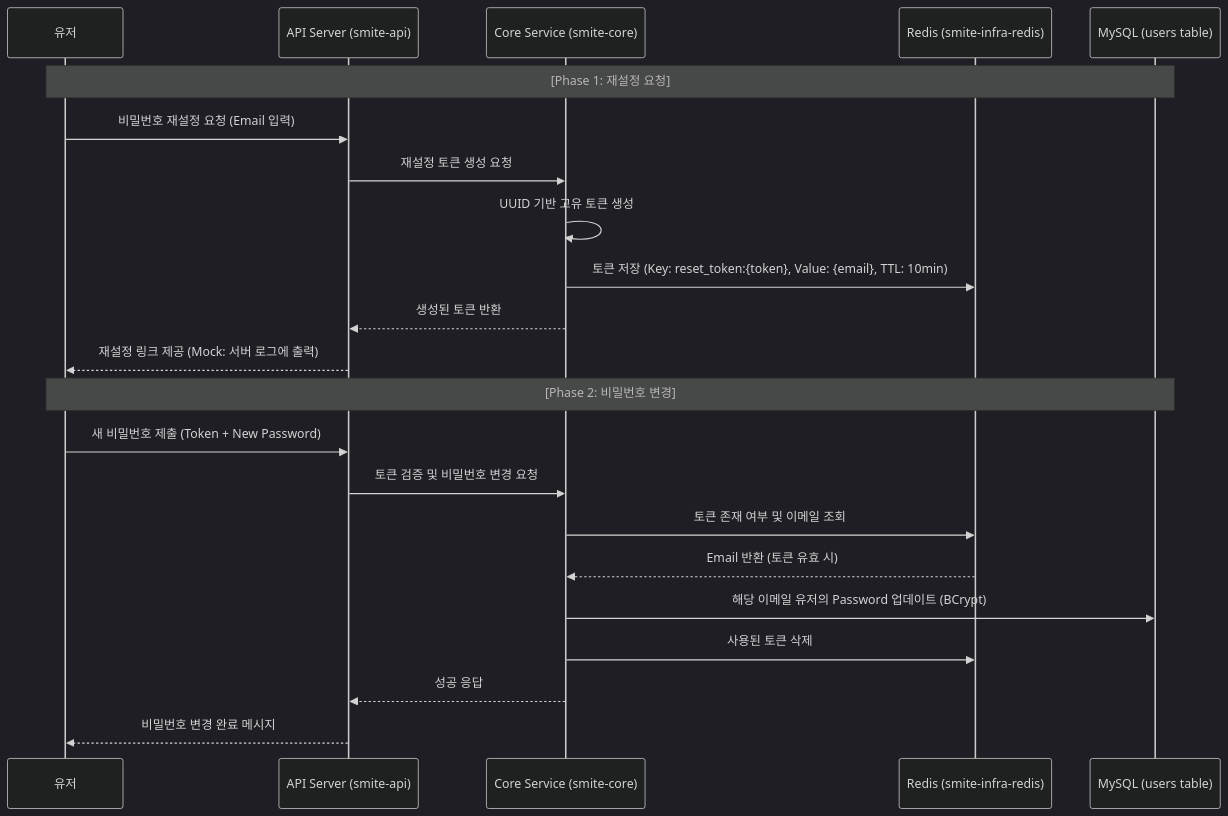
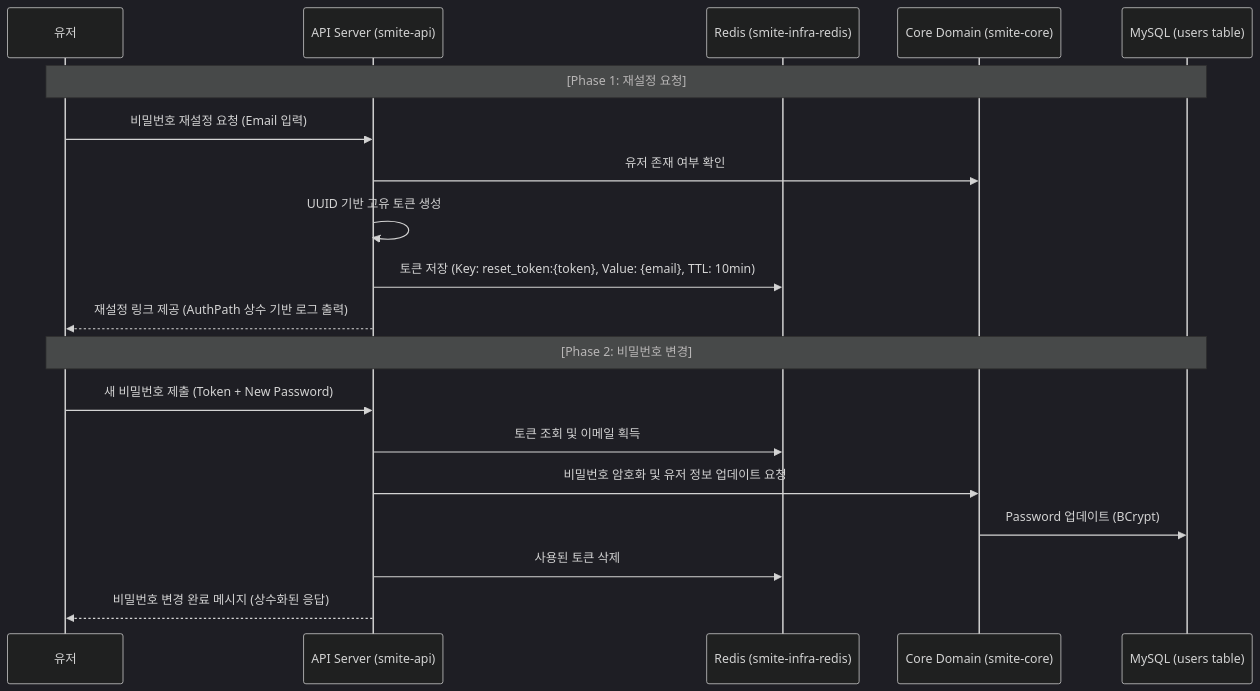
The diagram in docs/antigravity/backend/issue-20-find-password.md (moonwhistle/League-of-Star), drawn with Mermaid (dark theme) before and after one commit. The commit also changed other lines of this file and 11 other files, not shown here.

````diff
--- a/docs/antigravity/backend/issue-20-find-password.md
+++ b/docs/antigravity/backend/issue-20-find-password.md
@@ -13,26 +13,23 @@
 ```mermaid
 sequenceDiagram
     participant User as 유저
     participant API as API Server (smite-api)
-    participant Core as Core Service (smite-core)
     participant Redis as Redis (smite-infra-redis)
+    participant Core as Core Domain (smite-core)
     participant DB as MySQL (users table)
 
     Note over User, DB: [Phase 1: 재설정 요청]
     User->>API: 비밀번호 재설정 요청 (Email 입력)
-    API->>Core: 재설정 토큰 생성 요청
-    Core->>Core: UUID 기반 고유 토큰 생성
-    Core->>Redis: 토큰 저장 (Key: reset_token:{token}, Value: {email}, TTL: 10min)
-    Core-->>API: 생성된 토큰 반환
-    API-->>User: 재설정 링크 제공 (Mock: 서버 로그에 출력)
+    API->>Core: 유저 존재 여부 확인
+    API->>API: UUID 기반 고유 토큰 생성
+    API->>Redis: 토큰 저장 (Key: reset_token:{token}, Value: {email}, TTL: 10min)
+    API-->>User: 재설정 링크 제공 (AuthPath 상수 기반 로그 출력)
 
     Note over User, DB: [Phase 2: 비밀번호 변경]
     User->>API: 새 비밀번호 제출 (Token + New Password)
-    API->>Core: 토큰 검증 및 비밀번호 변경 요청
-    Core->>Redis: 토큰 존재 여부 및 이메일 조회
-    Redis-->>Core: Email 반환 (토큰 유효 시)
-    Core->>DB: 해당 이메일 유저의 Password 업데이트 (BCrypt)
-    Core->>Redis: 사용된 토큰 삭제
-    Core-->>API: 성공 응답
-    API-->>User: 비밀번호 변경 완료 메시지
+    API->>Redis: 토큰 조회 및 이메일 획득
+    API->>Core: 비밀번호 암호화 및 유저 정보 업데이트 요청
+    Core->>DB: Password 업데이트 (BCrypt)
+    API->>Redis: 사용된 토큰 삭제
+    API-->>User: 비밀번호 변경 완료 메시지 (상수화된 응답)
 ```
````
